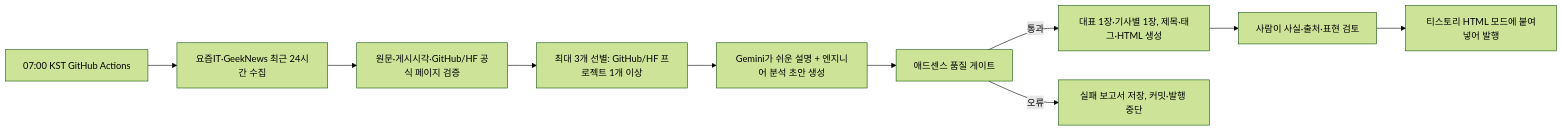
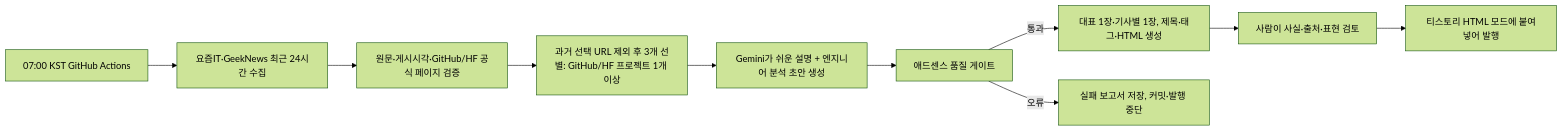
The diagram in README.md (dongbinr56-maker/tistory_blog), drawn with Mermaid (forest theme) before and after one commit. The commit also changed other lines of this file and 6 other files, not shown here.

````diff
--- a/README.md
+++ b/README.md
@@ -14,12 +14,12 @@
 ```mermaid
 flowchart LR
   A[07:00 KST GitHub Actions] --> B[요즘IT·GeekNews 최근 24시간 수집]
   B --> C[원문·게시시각·GitHub/HF 공식 페이지 검증]
-  C --> D[최대 3개 선별: GitHub/HF 프로젝트 1개 이상]
+  C --> D[과거 선택 URL 제외 후 3개 선별: GitHub/HF 프로젝트 1개 이상]
   D --> E[Gemini가 쉬운 설명 + 엔지니어 분석 초안 생성]
   E --> F[애드센스 품질 게이트]
   F -->|통과| G[대표 1장·기사별 1장, 제목·태그·HTML 생성]
   F -->|오류| H[실패 보고서 저장, 커밋·발행 중단]
   G --> I[사람이 사실·출처·표현 검토]
   I --> J[티스토리 HTML 모드에 붙여넣어 발행]
 ```
````
